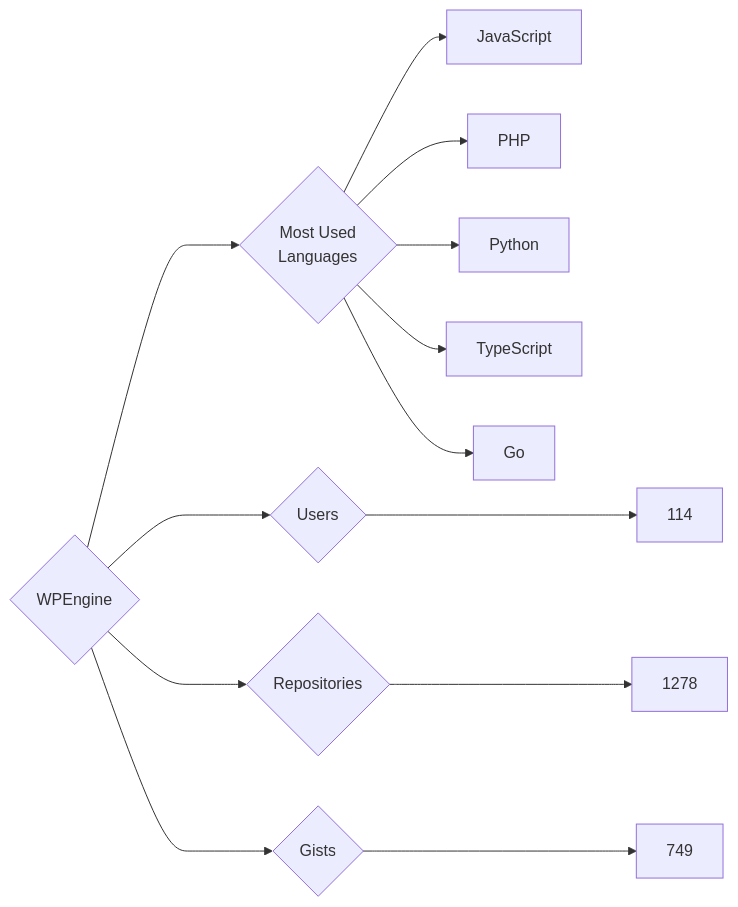
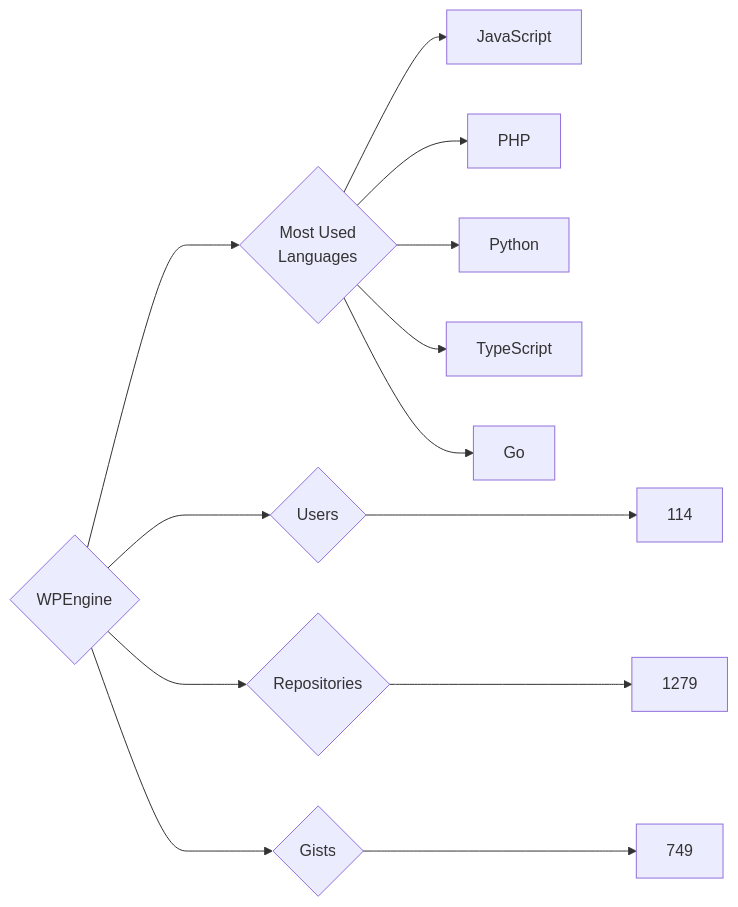
Before and after one commit to trickest/insiders: the diagram in targets/WPEngine/README.md, drawn with Mermaid. The commit also changed 534 other files, not shown here.

````diff
--- a/targets/WPEngine/README.md
+++ b/targets/WPEngine/README.md
@@ -3,13 +3,13 @@
 ```mermaid
 graph LR
 COMPANY_NAME{WPEngine}
 COMPANY_NAME ---> U{Users} ---> UN[114]
-COMPANY_NAME ---> R{Repositories} ---> RN[1278]
+COMPANY_NAME ---> R{Repositories} ---> RN[1279]
 COMPANY_NAME ---> G{Gists} ---> GN[749]
 COMPANY_NAME ---> ML{Most Used<br>Languages}
 ML --> JavaScript[JavaScript]
 ML --> PHP[PHP]
 ML --> Python[Python]
 ML --> TypeScript[TypeScript]
 ML --> Go[Go]
 ```
````
